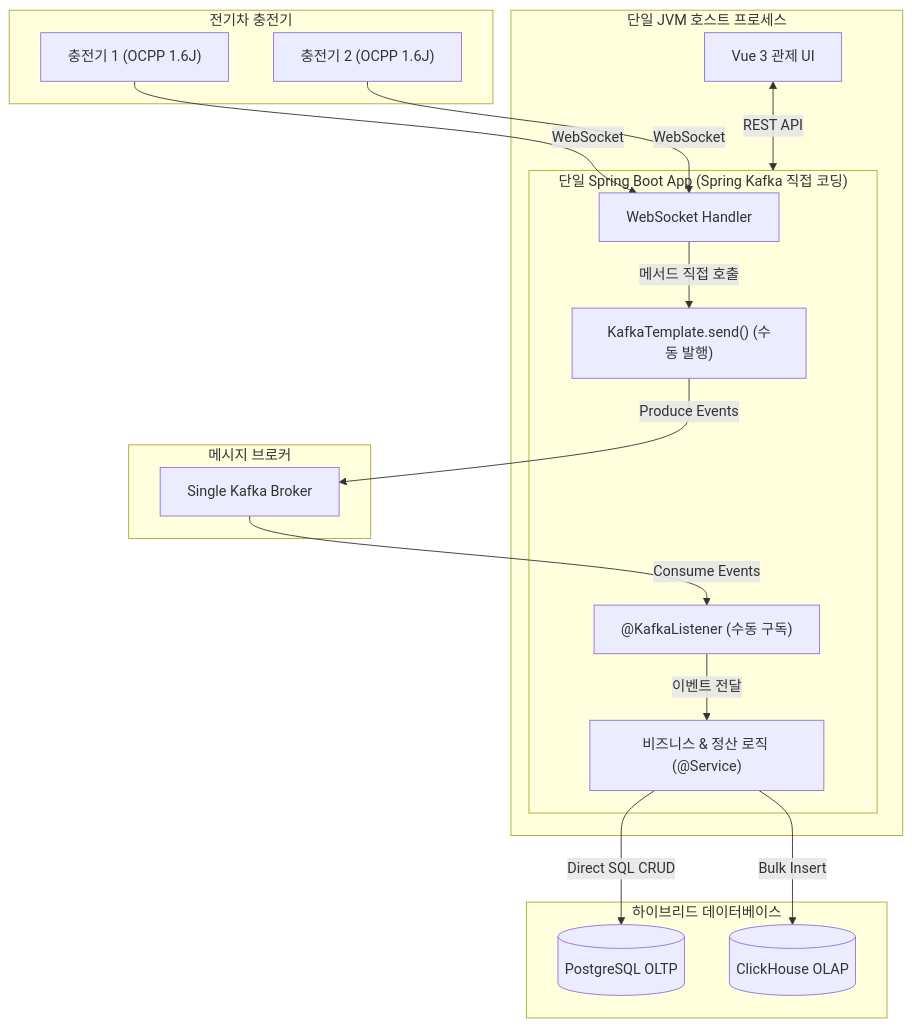
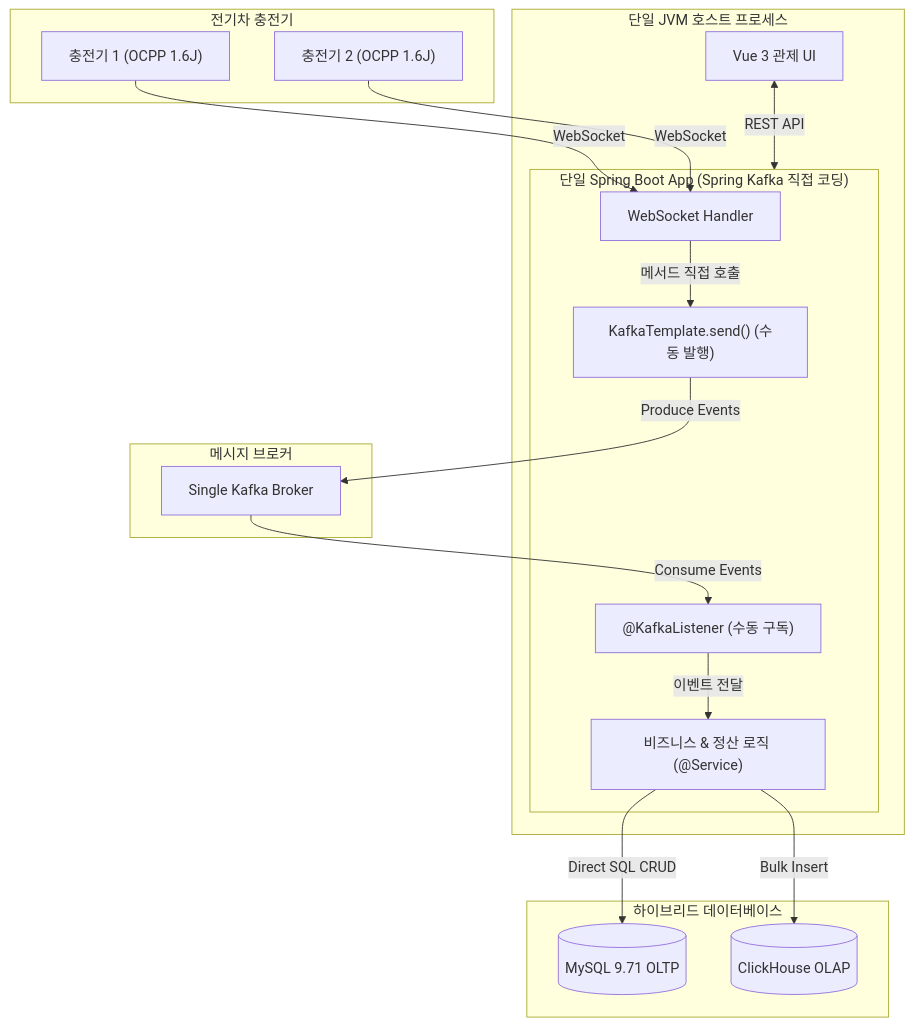
One commit to h2y-hyhong2/h2y-ocpp changed the fourth of 10 diagrams in doc/01.standard_solution/01.prd.md. Above: the diagram before and after it, drawn with Mermaid. The commit also changed other lines of this file and 20 other files, not shown here.

````diff
--- a/doc/01.standard_solution/01.prd.md
+++ b/doc/01.standard_solution/01.prd.md
@@ -230,36 +244,36 @@
 ```mermaid
 flowchart TB
     subgraph EVSE ["전기차 충전기"]
         CP1["충전기 1 (OCPP 1.6J)"]
         CP2["충전기 2 (OCPP 1.6J)"]
     end
 
     subgraph SingleHost ["단일 JVM 호스트 프로세스"]
         subgraph Monolith ["단일 Spring Boot App (Spring Kafka 직접 코딩)"]
             Handler["WebSocket Handler"]
             KafkaTemplate["KafkaTemplate.send() (수동 발행)"]
             Listener["@KafkaListener (수동 구독)"]
             Biz["비즈니스 & 정산 로직 (@Service)"]
             
             Handler -->|메서드 직접 호출| KafkaTemplate
             Listener -->|이벤트 전달| Biz
         end
         UI["Vue 3 관제 UI"] <-->|REST API| Monolith
     end
 
     subgraph MQ ["메시지 브로커"]
         Kafka["Single Kafka Broker"]
     end
 
     subgraph DB ["하이브리드 데이터베이스"]
-        Postgres[(PostgreSQL OLTP)]
+        MySql[(MySQL 9.71 OLTP)]
         ClickHouse[(ClickHouse OLAP)]
     end
 
     CP1 -->|WebSocket| Handler
     CP2 -->|WebSocket| Handler
     KafkaTemplate -->|Produce Events| Kafka
     Kafka -->|Consume Events| Listener
-    Biz -->|Direct SQL CRUD| Postgres
+    Biz -->|Direct SQL CRUD| MySql
     Biz -->|Bulk Insert| ClickHouse
 ```
````
